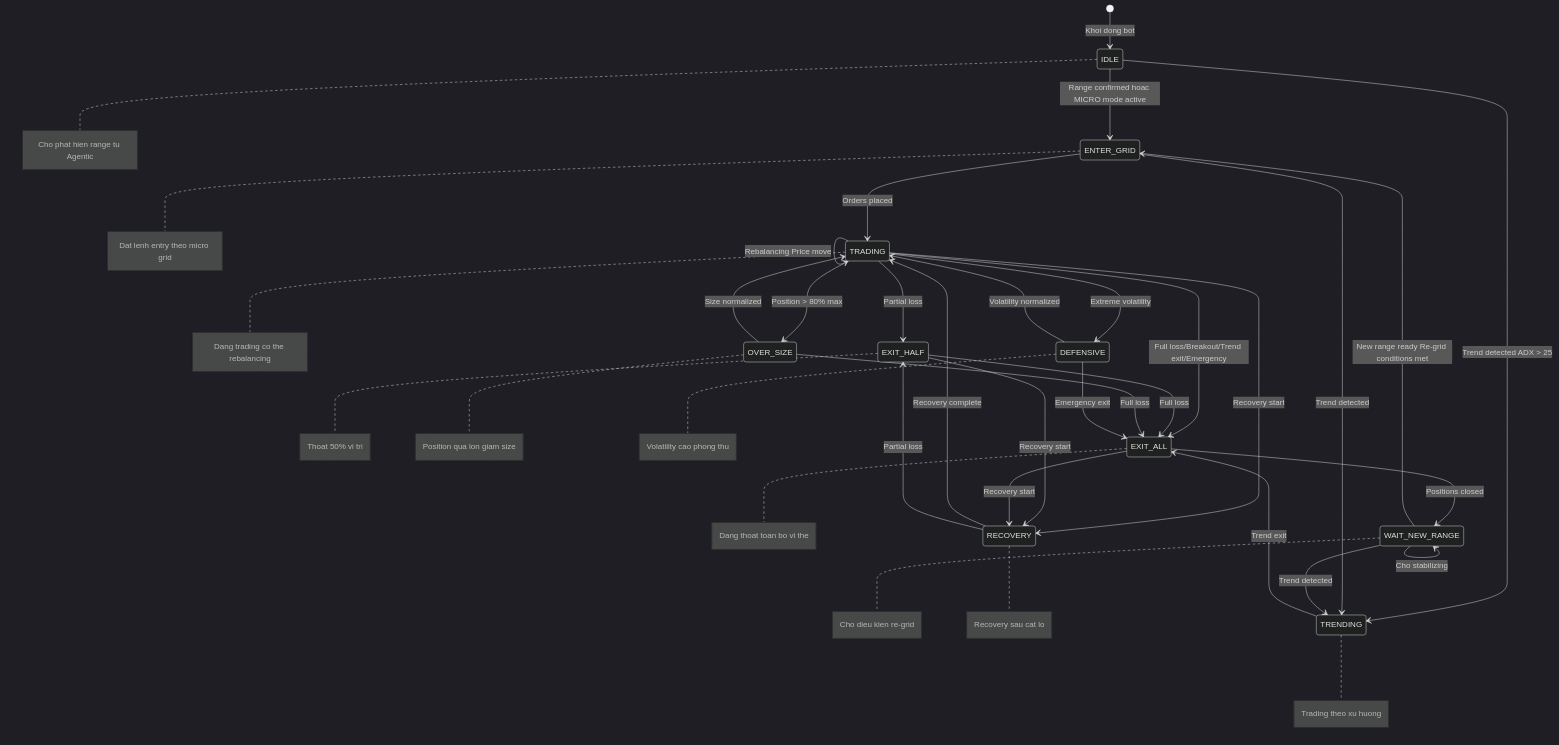
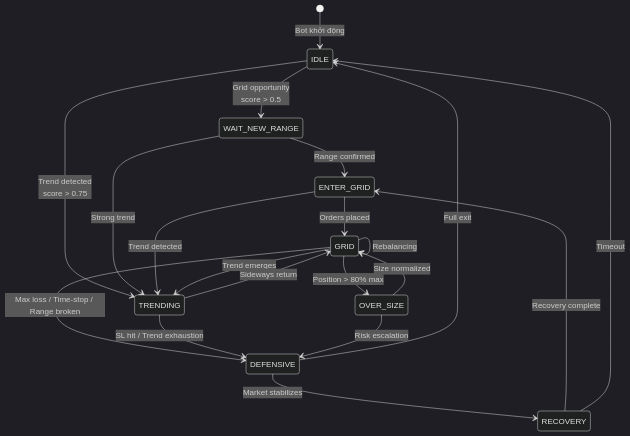
Before and after one commit to baolongdinh/aster-perp-trading: the second of 6 diagrams in AGENTIC_TRADING_NGHIEP_VU.md, drawn with Mermaid (dark theme). The commit also changed other lines of this file and 46 other files, not shown here.

Commit message:
complemted new agentic state core flow

````diff
--- a/AGENTIC_TRADING_NGHIEP_VU.md
+++ b/AGENTIC_TRADING_NGHIEP_VU.md
@@ -100,48 +65,30 @@
 ```mermaid
-stateDiagram
-    [*] --> IDLE: Khoi dong bot
-    IDLE --> ENTER_GRID: Range confirmed hoac MICRO mode active
-    IDLE --> TRENDING: Trend detected ADX > 25
-
-    ENTER_GRID --> TRADING: Orders placed
+stateDiagram-v2
+    [*] --> IDLE: Bot khởi động
+    
+    IDLE --> WAIT_NEW_RANGE: Grid opportunity<br/>score > 0.5
+    IDLE --> TRENDING: Trend detected<br/>score > 0.75
+    
+    WAIT_NEW_RANGE --> ENTER_GRID: Range confirmed
+    WAIT_NEW_RANGE --> TRENDING: Strong trend
+    
+    ENTER_GRID --> GRID: Orders placed
     ENTER_GRID --> TRENDING: Trend detected
-
-    TRADING --> EXIT_HALF: Partial loss
-    TRADING --> EXIT_ALL: Full loss/Breakout/Trend exit/Emergency
-    TRADING --> OVER_SIZE: Position > 80% max
-    TRADING --> DEFENSIVE: Extreme volatility
-    TRADING --> RECOVERY: Recovery start
-    TRADING --> TRADING: Rebalancing Price move
-
-    EXIT_HALF --> RECOVERY: Recovery start
-    EXIT_HALF --> EXIT_ALL: Full loss
-
-    EXIT_ALL --> WAIT_NEW_RANGE: Positions closed
-    EXIT_ALL --> RECOVERY: Recovery start
-
-    WAIT_NEW_RANGE --> ENTER_GRID: New range ready Re-grid conditions met
-    WAIT_NEW_RANGE --> TRENDING: Trend detected
-    WAIT_NEW_RANGE --> WAIT_NEW_RANGE: Cho stabilizing
-
-    OVER_SIZE --> TRADING: Size normalized
-    OVER_SIZE --> EXIT_ALL: Full loss
-
-    DEFENSIVE --> TRADING: Volatility normalized
-    DEFENSIVE --> EXIT_ALL: Emergency exit
-
-    RECOVERY --> TRADING: Recovery complete
-    RECOVERY --> EXIT_HALF: Partial loss
-
-    TRENDING --> EXIT_ALL: Trend exit
-
-    note right of IDLE: Cho phat hien range tu Agentic
-    note right of ENTER_GRID: Dat lenh entry theo micro grid
-    note right of TRADING: Dang trading co the rebalancing
-    note right of EXIT_HALF: Thoat 50% vi tri
-    note right of EXIT_ALL: Dang thoat toan bo vi the
-    note right of WAIT_NEW_RANGE: Cho dieu kien re-grid
-    note right of OVER_SIZE: Position qua lon giam size
-    note right of DEFENSIVE: Volatility cao phong thu
-    note right of RECOVERY: Recovery sau cat lo
-    note right of TRENDING: Trading theo xu huong
+    
+    GRID --> DEFENSIVE: Max loss / Time-stop / Range broken
+    GRID --> OVER_SIZE: Position > 80% max
+    GRID --> TRENDING: Trend emerges
+    GRID --> GRID: Rebalancing
+    
+    TRENDING --> DEFENSIVE: SL hit / Trend exhaustion
+    TRENDING --> GRID: Sideways return
+    
+    OVER_SIZE --> GRID: Size normalized
+    OVER_SIZE --> DEFENSIVE: Risk escalation
+    
+    DEFENSIVE --> RECOVERY: Market stabilizes
+    DEFENSIVE --> IDLE: Full exit
+    
+    RECOVERY --> ENTER_GRID: Recovery complete
+    RECOVERY --> IDLE: Timeout
 ```
````
